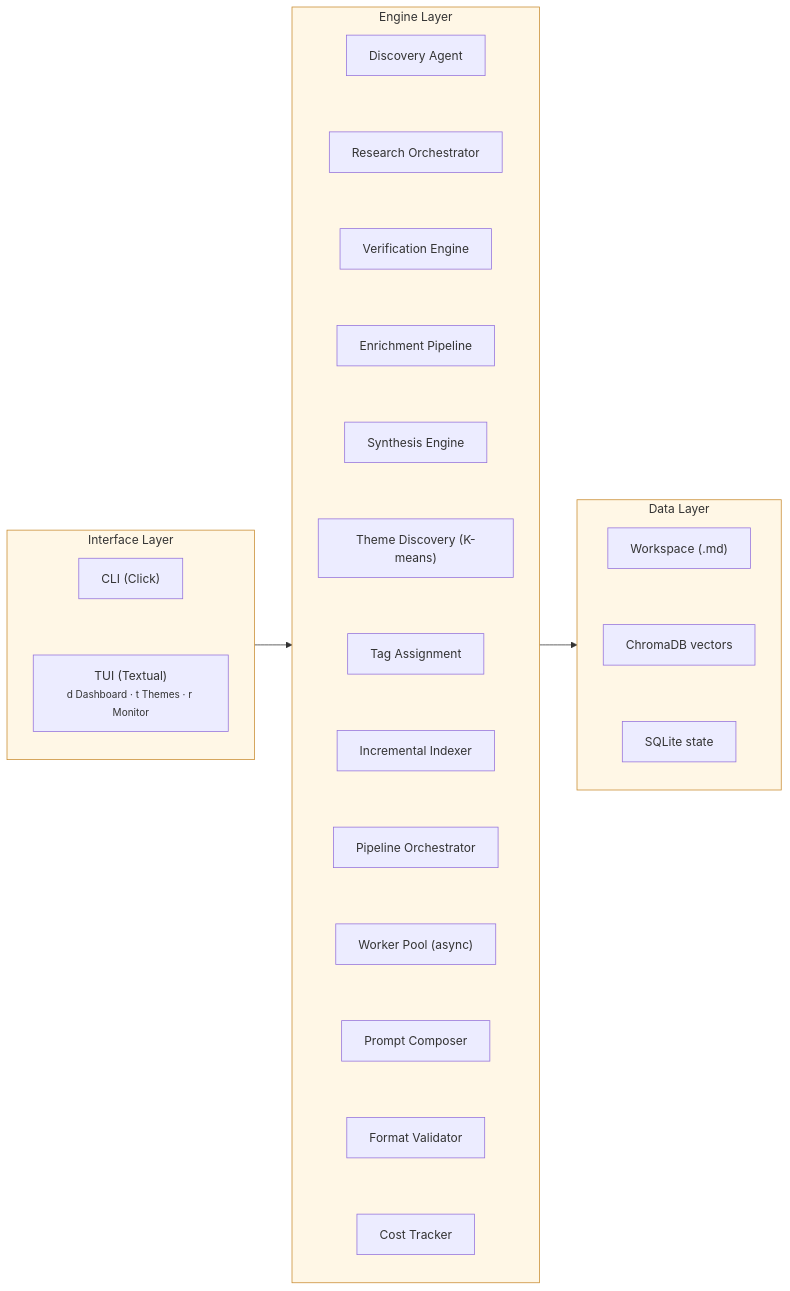
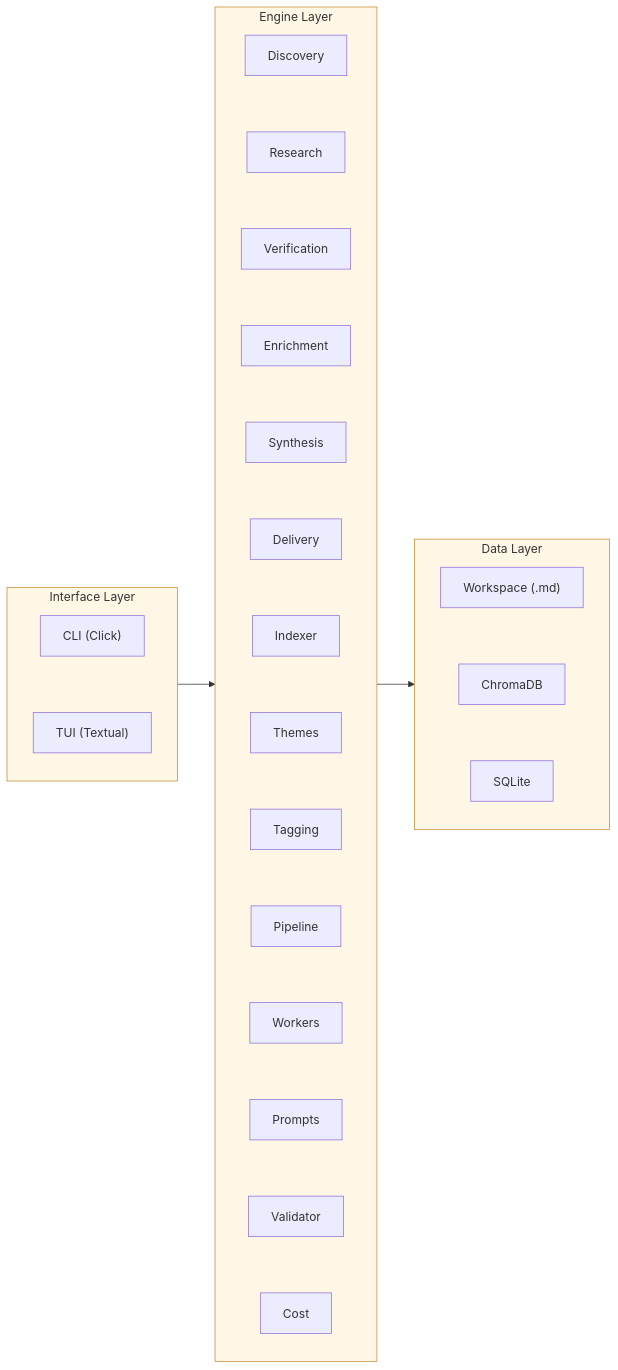
One commit to mpacione/recon changed the second of 2 diagrams in README.md. Above: the diagram before and after it, drawn with Mermaid.

Commit message:
docs: compact arch diagram with engine modules in 3-wide rows

````diff
--- a/README.md
+++ b/README.md
@@ -87,36 +87,33 @@
 ```mermaid
 graph LR
     subgraph Interface["Interface Layer"]
         direction TB
-        CLI["CLI (Click)"] ~~~ TUI["TUI (Textual)<br/><small>d Dashboard &middot; t Themes &middot; r Monitor</small>"]
+        CLI["CLI (Click)"] ~~~ TUI["TUI (Textual)"]
     end
 
     subgraph Engine["Engine Layer"]
         direction TB
-        Discovery["Discovery Agent"] ~~~ Research["Research Orchestrator"]
-        Research ~~~ Verification["Verification Engine"]
-        Verification ~~~ Enrichment["Enrichment Pipeline"]
-        Enrichment ~~~ Synthesis["Synthesis Engine"]
-        Synthesis ~~~ Themes["Theme Discovery (K-means)"]
-        Themes ~~~ Tags["Tag Assignment"]
-        Tags ~~~ Indexer["Incremental Indexer"]
-        Indexer ~~~ Pipeline["Pipeline Orchestrator"]
-        Pipeline ~~~ Workers["Worker Pool (async)"]
-        Workers ~~~ Prompts["Prompt Composer"]
-        Prompts ~~~ Validator["Format Validator"]
-        Validator ~~~ Cost["Cost Tracker"]
+        Discovery["Discovery"] ~~~ Research["Research"] ~~~ Verify["Verification"]
+        Enrich["Enrichment"] ~~~ Synthesize["Synthesis"] ~~~ Deliver["Delivery"]
+        Index["Indexer"] ~~~ Themes["Themes"] ~~~ Tags["Tagging"]
+        Pipeline["Pipeline"] ~~~ Workers["Workers"] ~~~ Prompts["Prompts"]
+        Validator["Validator"] ~~~ Cost["Cost"]
+
+        Verify ~~~ Enrich
+        Deliver ~~~ Index
+        Tags ~~~ Pipeline
+        Prompts ~~~ Validator
     end
 
     subgraph Data["Data Layer"]
         direction TB
-        Workspace["Workspace (.md)"] ~~~ Vectors["ChromaDB vectors"]
-        Vectors ~~~ State["SQLite state"]
+        Workspace["Workspace (.md)"] ~~~ Vectors["ChromaDB"] ~~~ State["SQLite"]
     end
 
     Interface --> Engine
     Engine --> Data
 
     style Interface fill:#fff7e6,stroke:#c88a2e,color:#333
     style Engine fill:#fff7e6,stroke:#c88a2e,color:#333
     style Data fill:#fff7e6,stroke:#c88a2e,color:#333
 ```
````
